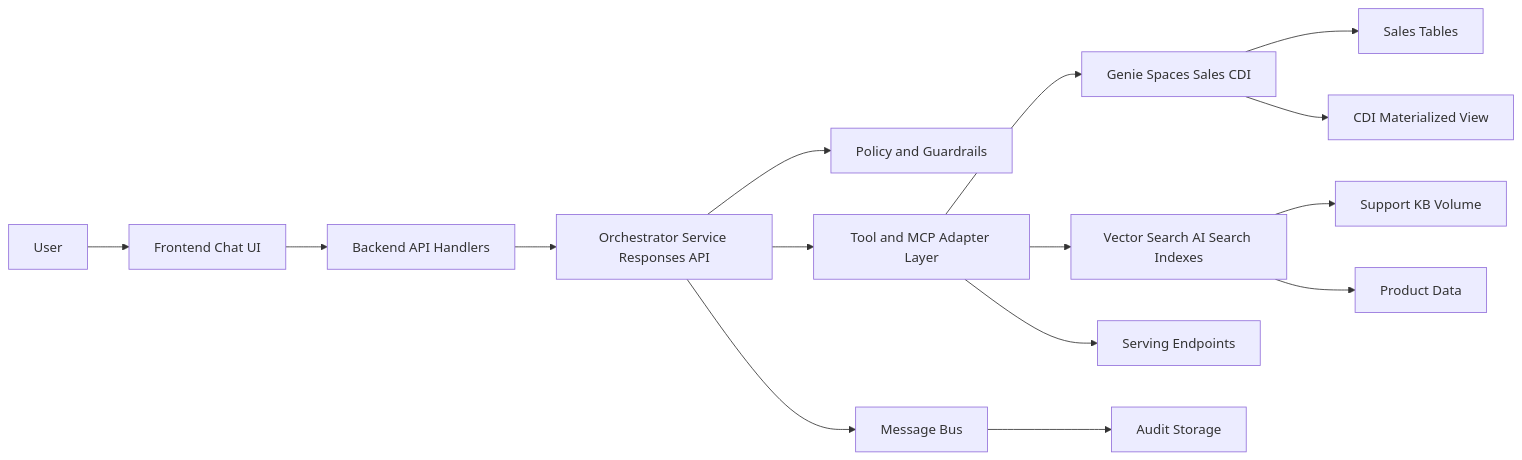
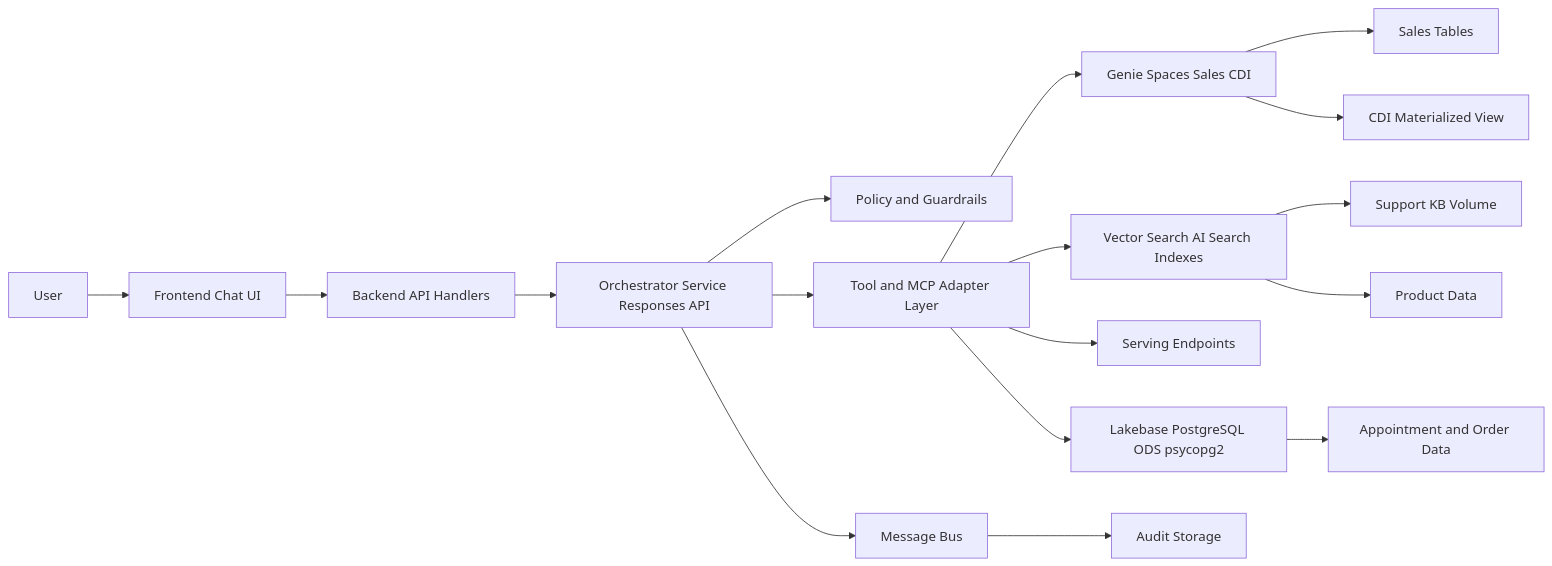
One commit to wchen-dea/Governed-Multi-Agent-Intelligence-on-Databricks changed the first of 4 diagrams in docs/architecture/design-artifacts/03-logical-high-level.md. Above: the diagram before and after it, drawn with Mermaid. The commit also changed 9 other files, not shown here.

````diff
--- a/docs/architecture/design-artifacts/03-logical-high-level.md
+++ b/docs/architecture/design-artifacts/03-logical-high-level.md
@@ -7,17 +7,19 @@
 ```mermaid
 flowchart LR
     User[User] --> FE[Frontend Chat UI]
     FE --> API[Backend API Handlers]
     API --> ORCH[Orchestrator Service Responses API]
     ORCH --> POL[Policy and Guardrails]
     ORCH --> TOOL[Tool and MCP Adapter Layer]
     TOOL --> GENIE[Genie Spaces Sales CDI]
     TOOL --> VS[Vector Search AI Search Indexes]
     TOOL --> SEP[Serving Endpoints]
+    TOOL --> LB[Lakebase PostgreSQL ODS psycopg2]
     VS --> KB[Support KB Volume]
     VS --> PT[Product Data]
     GENIE --> ST[Sales Tables]
     GENIE --> MV[CDI Materialized View]
+    LB --> OD[Appointment and Order Data]
     ORCH --> BUS[Message Bus]
     BUS --> AUDIT[Audit Storage]
 ```
````
